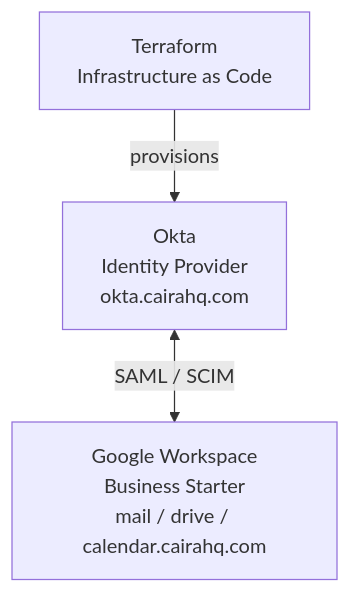
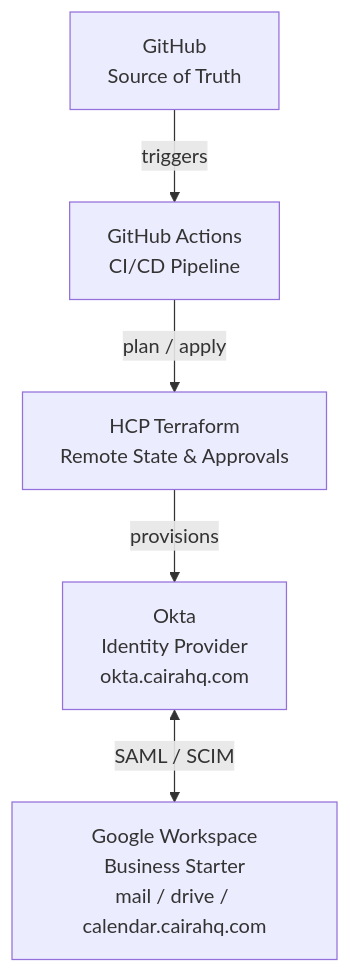
One commit to neilchvz/cairahq-platform changed the diagram in README.md. Above: the diagram before and after it, drawn with Mermaid. The commit also changed other lines of this file, not shown here.

Commit message:
Change: Updated README to include new tools in use

````diff
--- a/README.md
+++ b/README.md
@@ -19,10 +19,8 @@
 ```mermaid
 graph TD
-    TF[Terraform<br/>Infrastructure as Code]
-    TF -->|provisions| Okta
-
-    Okta[Okta<br/>Identity Provider<br/>okta.cairahq.com]
-    GW[Google Workspace<br/>Business Starter<br/>mail / drive / calendar.cairahq.com]
-
-    Okta <-->|SAML / SCIM| GW
+    GH[GitHub<br/>Source of Truth]
+    GH -->|triggers| GHA[GitHub Actions<br/>CI/CD Pipeline]
+    GHA -->|plan / apply| HCP[HCP Terraform<br/>Remote State & Approvals]
+    HCP -->|provisions| Okta[Okta<br/>Identity Provider<br/>okta.cairahq.com]
+    Okta <-->|SAML / SCIM| GW[Google Workspace<br/>Business Starter<br/>mail / drive / calendar.cairahq.com]
 ```
````
